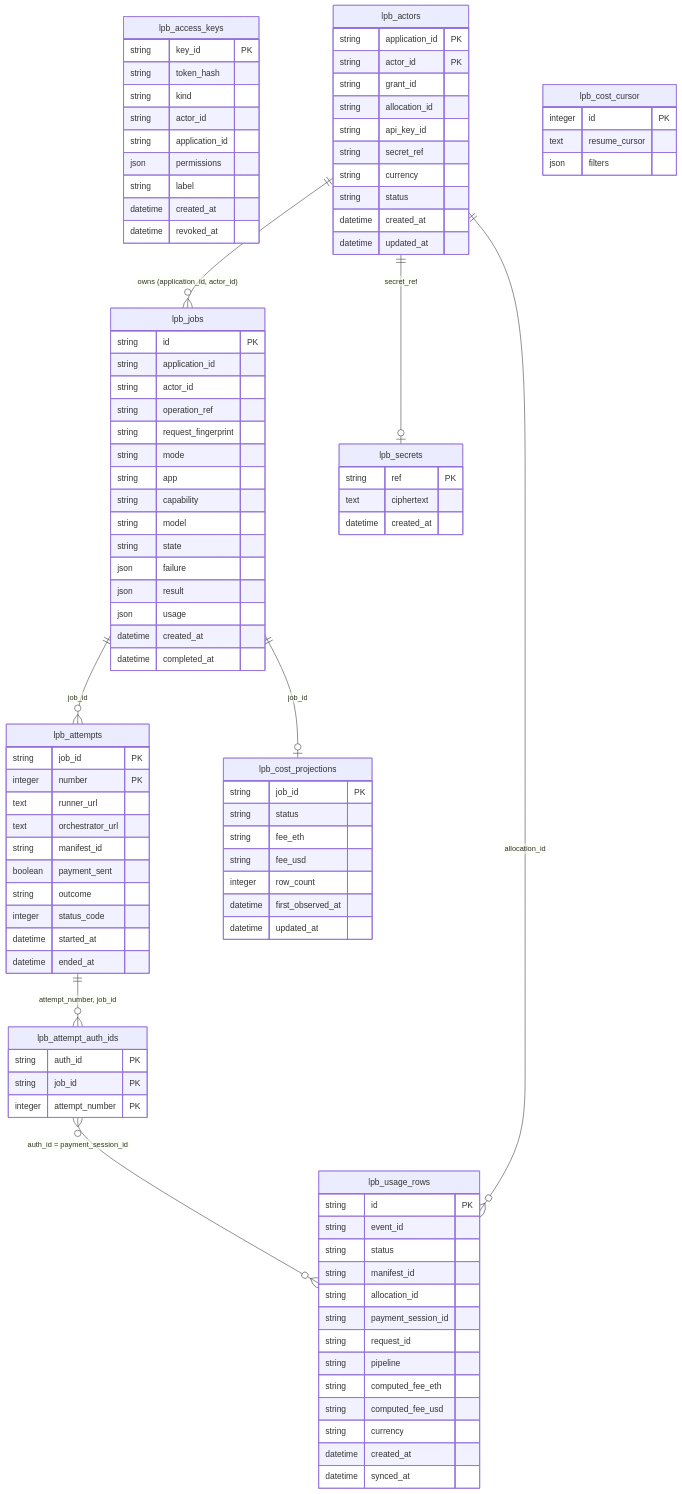
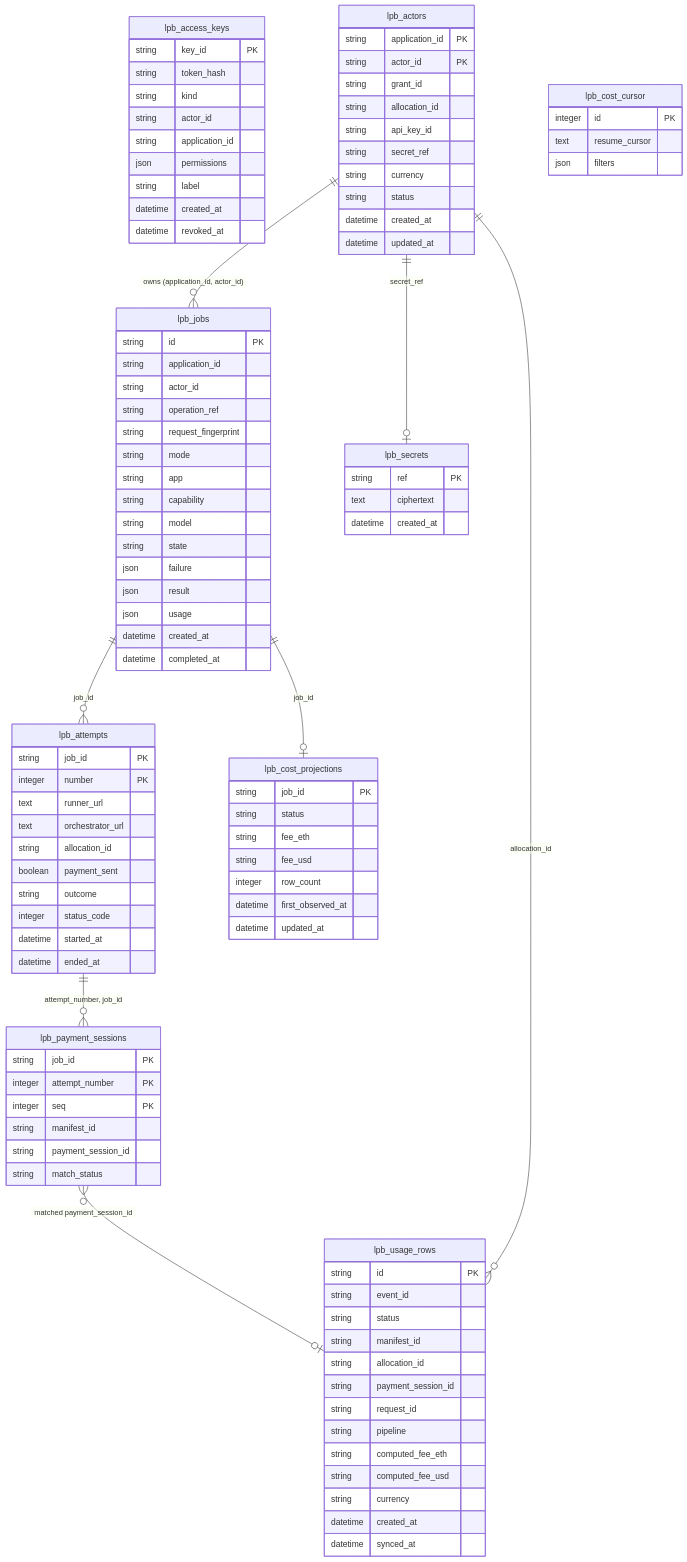
Before and after one commit to NE-Build-Track/livepeer-builder-core: the diagram in docs/generated/db-schema.md, drawn with Mermaid. The commit also changed other lines of this file and 49 other files, not shown here.

````diff
--- a/docs/generated/db-schema.md
+++ b/docs/generated/db-schema.md
@@ -30,17 +30,12 @@
         datetime created_at
         datetime updated_at
     }
-    lpb_attempt_auth_ids {
-        string auth_id PK
-        string job_id PK
-        integer attempt_number PK
-    }
     lpb_attempts {
         string job_id PK
         integer number PK
         text runner_url
         text orchestrator_url
-        string manifest_id
+        string allocation_id
         boolean payment_sent
         string outcome
         integer status_code
@@ -78,6 +73,14 @@
         datetime created_at
         datetime completed_at
     }
+    lpb_payment_sessions {
+        string job_id PK
+        integer attempt_number PK
+        integer seq PK
+        string manifest_id
+        string payment_session_id
+        string match_status
+    }
     lpb_secrets {
         string ref PK
         text ciphertext
@@ -98,11 +101,11 @@
         datetime created_at
         datetime synced_at
     }
-    lpb_attempts ||--o{ lpb_attempt_auth_ids : "attempt_number, job_id"
+    lpb_attempts ||--o{ lpb_payment_sessions : "attempt_number, job_id"
     lpb_jobs ||--o{ lpb_attempts : "job_id"
     lpb_jobs ||--o| lpb_cost_projections : "job_id"
     lpb_actors ||--o{ lpb_jobs : "owns (application_id, actor_id)"
     lpb_actors ||--o| lpb_secrets : "secret_ref"
-    lpb_attempt_auth_ids }o--o{ lpb_usage_rows : "auth_id = payment_session_id"
+    lpb_payment_sessions }o--o| lpb_usage_rows : "matched payment_session_id"
     lpb_actors ||--o{ lpb_usage_rows : "allocation_id"
 ```
````
